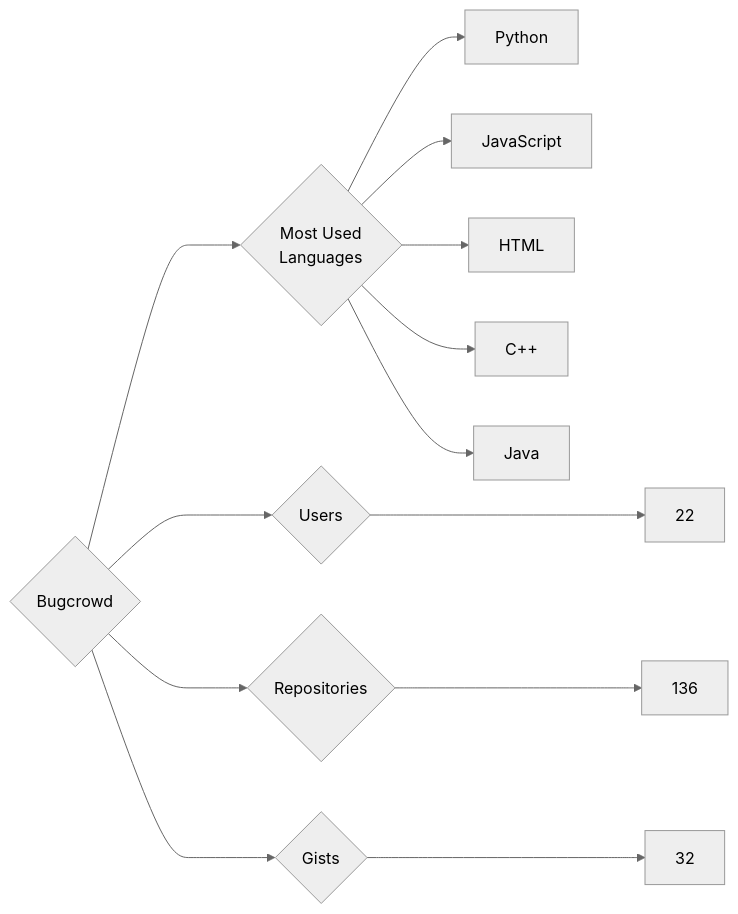
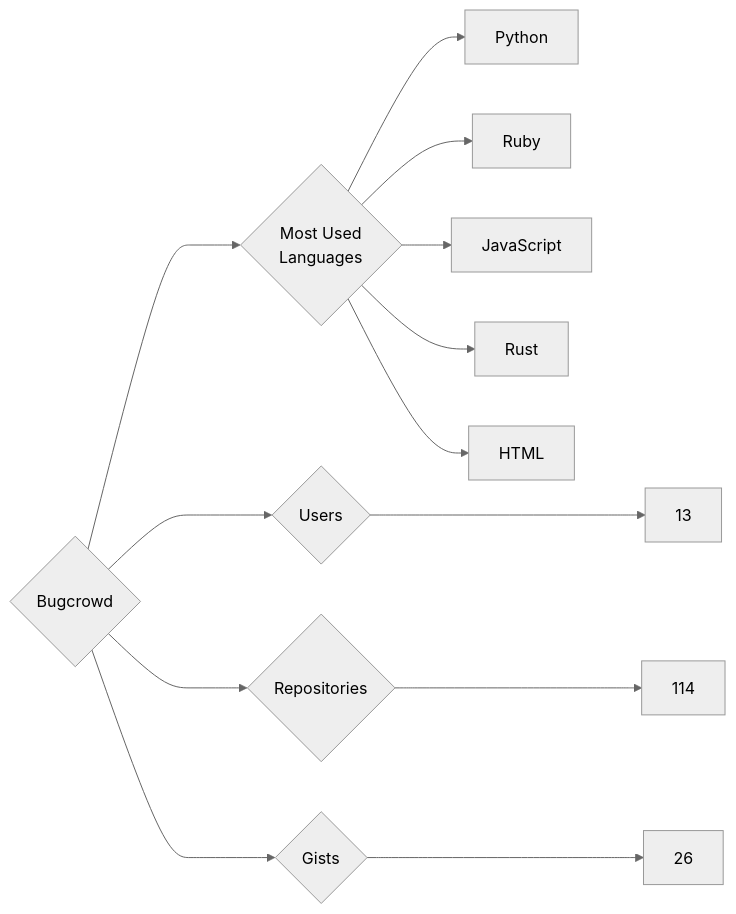
Before and after one commit to trickest/insiders: the diagram in targets/Bugcrowd/README.md, drawn with Mermaid (neutral theme). The commit also changed 998 other files, not shown here.

````diff
--- a/targets/Bugcrowd/README.md
+++ b/targets/Bugcrowd/README.md
@@ -3,13 +3,13 @@
 ```mermaid
 graph LR
 COMPANY_NAME{Bugcrowd}
-COMPANY_NAME ---> U{Users} ---> UN[22]
-COMPANY_NAME ---> R{Repositories} ---> RN[136]
-COMPANY_NAME ---> G{Gists} ---> GN[32]
+COMPANY_NAME ---> U{Users} ---> UN[13]
+COMPANY_NAME ---> R{Repositories} ---> RN[114]
+COMPANY_NAME ---> G{Gists} ---> GN[26]
 COMPANY_NAME ---> ML{Most Used<br>Languages}
 ML --> Python[Python]
+ML --> Ruby[Ruby]
 ML --> JavaScript[JavaScript]
+ML --> Rust[Rust]
 ML --> HTML[HTML]
-ML --> C++[C++]
-ML --> Java[Java]
 ```
````
